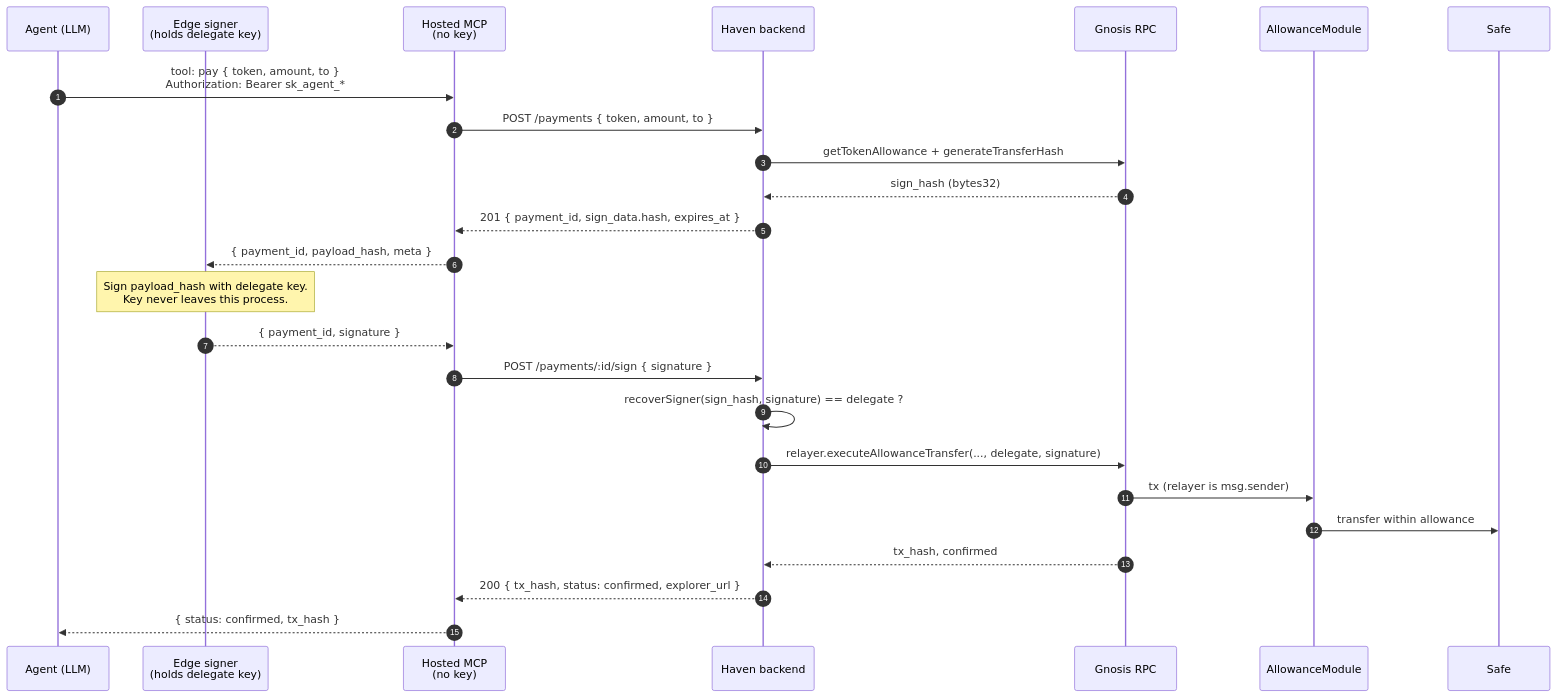
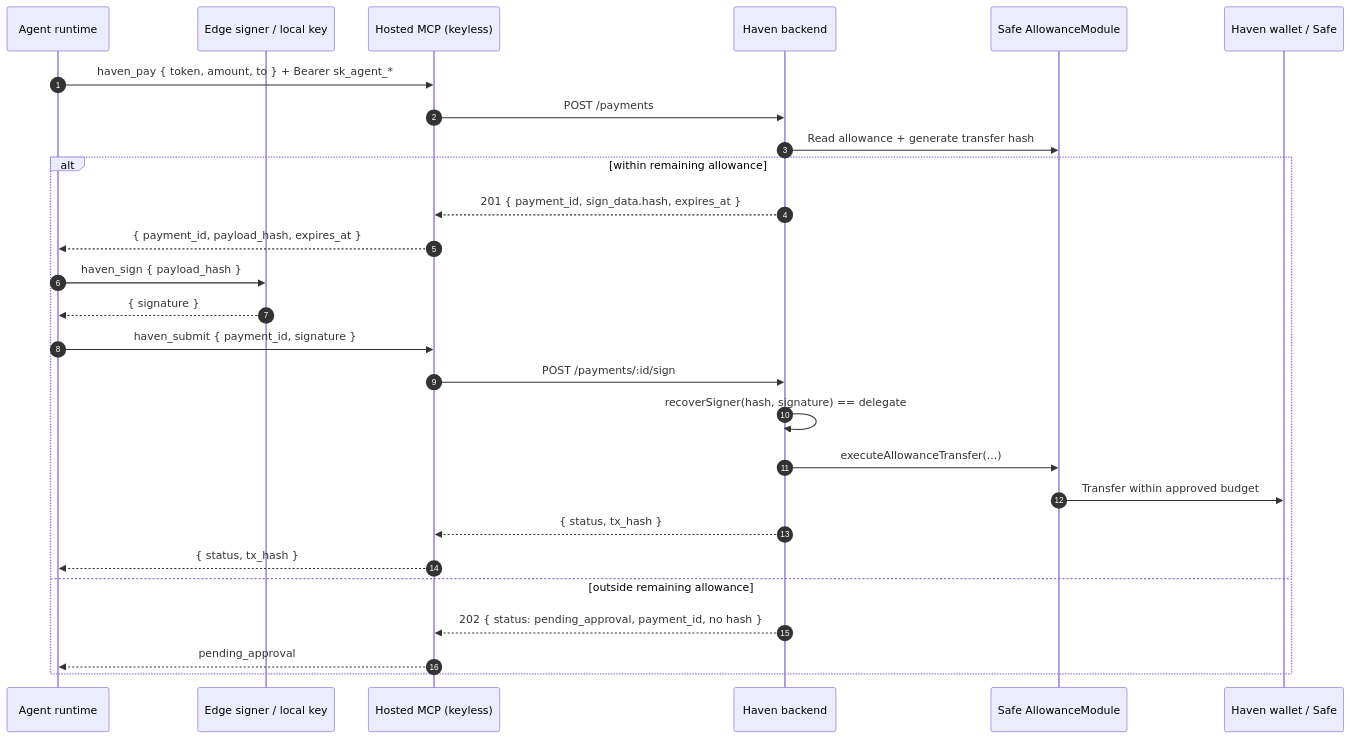
The diagram in docs/architecture/06-hosted-mcp-connect-flow.md (d-hinders/Haven-AI), drawn with Mermaid before and after one commit. The commit also changed other lines of this file and 12 other files, not shown here.

````diff
--- a/docs/architecture/06-hosted-mcp-connect-flow.md
+++ b/docs/architecture/06-hosted-mcp-connect-flow.md
@@ -85,28 +62,30 @@
 ```mermaid
 sequenceDiagram
   autonumber
-  participant LLM as Agent (LLM)
-  participant Signer as Edge signer<br/>(holds delegate key)
-  participant MCP as Hosted MCP<br/>(no key)
+  participant Agent as Agent runtime
+  participant Signer as Edge signer / local key
+  participant MCP as Hosted MCP (keyless)
   participant API as Haven backend
-  participant RPC as Gnosis RPC
-  participant AM as AllowanceModule
-  participant Safe
+  participant AM as Safe AllowanceModule
+  participant Safe as Haven wallet / Safe
 
-  LLM->>MCP: tool: pay { token, amount, to }<br/>Authorization: Bearer sk_agent_*
-  MCP->>API: POST /payments { token, amount, to }
-  API->>RPC: getTokenAllowance + generateTransferHash
-  RPC-->>API: sign_hash (bytes32)
-  API-->>MCP: 201 { payment_id, sign_data.hash, expires_at }
-  MCP-->>Signer: { payment_id, payload_hash, meta }
-  Note over Signer: Sign payload_hash with delegate key.<br/>Key never leaves this process.
-  Signer-->>MCP: { payment_id, signature }
-  MCP->>API: POST /payments/:id/sign { signature }
-  API->>API: recoverSigner(sign_hash, signature) == delegate ?
-  API->>RPC: relayer.executeAllowanceTransfer(..., delegate, signature)
-  RPC->>AM: tx (relayer is msg.sender)
-  AM->>Safe: transfer within allowance
-  RPC-->>API: tx_hash, confirmed
-  API-->>MCP: 200 { tx_hash, status: confirmed, explorer_url }
-  MCP-->>LLM: { status: confirmed, tx_hash }
+  Agent->>MCP: haven_pay { token, amount, to } + Bearer sk_agent_*
+  MCP->>API: POST /payments
+  API->>AM: Read allowance + generate transfer hash
+  alt within remaining allowance
+    API-->>MCP: 201 { payment_id, sign_data.hash, expires_at }
+    MCP-->>Agent: { payment_id, payload_hash, expires_at }
+    Agent->>Signer: haven_sign { payload_hash }
+    Signer-->>Agent: { signature }
+    Agent->>MCP: haven_submit { payment_id, signature }
+    MCP->>API: POST /payments/:id/sign
+    API->>API: recoverSigner(hash, signature) == delegate
+    API->>AM: executeAllowanceTransfer(...)
+    AM->>Safe: Transfer within approved budget
+    API-->>MCP: { status, tx_hash }
+    MCP-->>Agent: { status, tx_hash }
+  else outside remaining allowance
+    API-->>MCP: 202 { status: pending_approval, payment_id, no hash }
+    MCP-->>Agent: pending_approval
+  end
 ```
````
